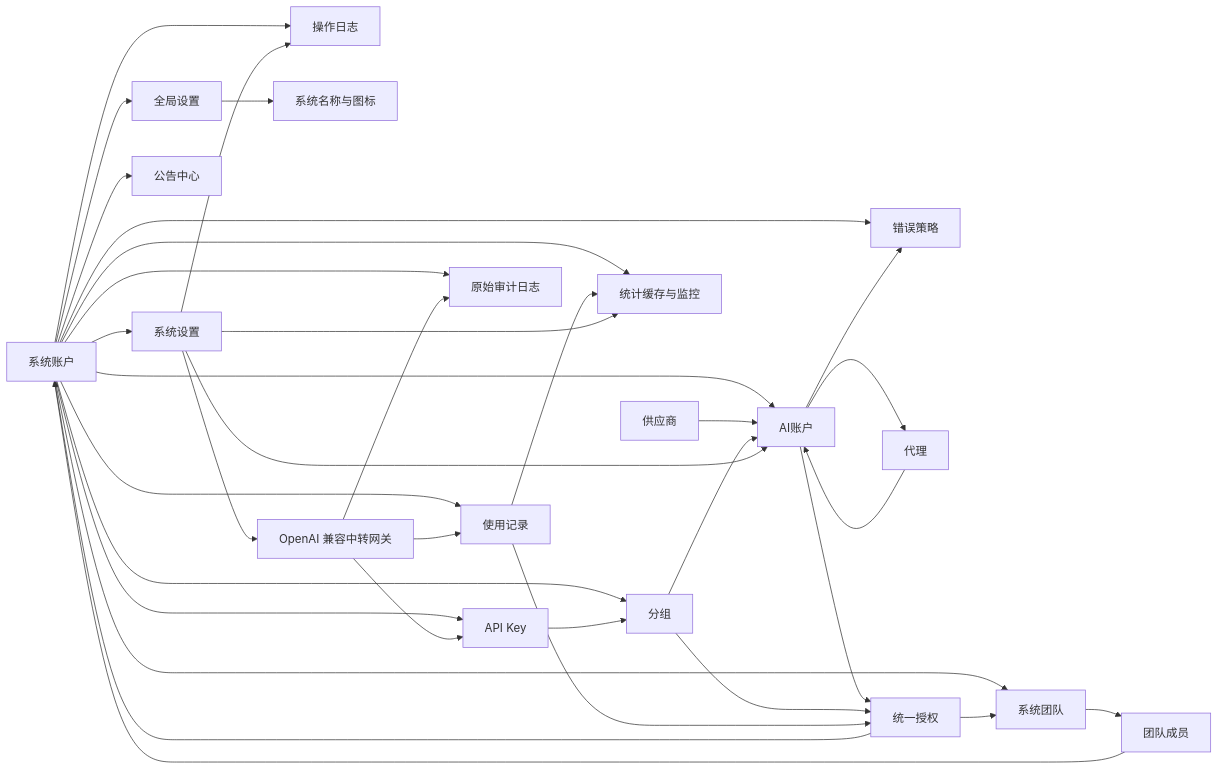
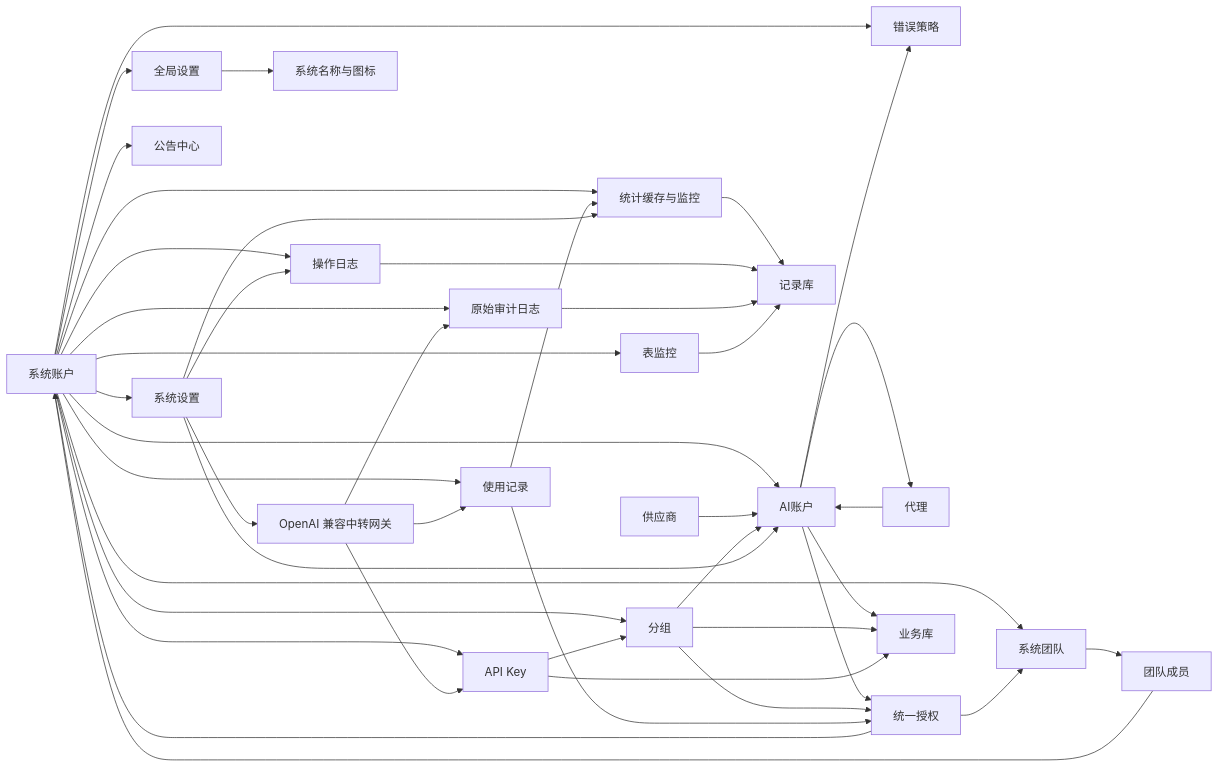
Before and after one commit to huanmin123/juhe-ai: the diagram in docs/architecture/架构总览.md, drawn with Mermaid. The commit also changed other lines of this file and 72 other files, not shown here.

````diff
--- a/docs/architecture/架构总览.md
+++ b/docs/architecture/架构总览.md
@@ -55,37 +55,45 @@
 ```mermaid
 flowchart LR
   SystemAccount["系统账户"] --> GlobalSettings["全局设置"]
   SystemAccount --> SystemSettings["系统设置"]
   SystemAccount --> SystemTeam["系统团队"]
   SystemTeam --> TeamMember["团队成员"]
   TeamMember --> SystemAccount
   SystemAccount --> AIAccount["AI账户"]
   SystemAccount --> Group["分组"]
   SystemAccount --> APIKey["API Key"]
   SystemAccount --> Usage["使用记录"]
   SystemAccount --> OperationLog["操作日志"]
   SystemAccount --> AuditLog["原始审计日志"]
   SystemAccount --> Stats["统计缓存与监控"]
+  SystemAccount --> TableMonitor["表监控"]
   SystemAccount --> ErrorPolicy["错误策略"]
   SystemAccount --> Announcement["公告中心"]
   GlobalSettings --> AppBrand["系统名称与图标"]
   Provider["供应商"] --> AIAccount
   Proxy["代理"] --> AIAccount
   AIAccount --> Proxy
   AIAccount --> ErrorPolicy
   AIAccount --> ResourceAuthorization["统一授权"]
   Group --> ResourceAuthorization
   ResourceAuthorization --> SystemAccount
   ResourceAuthorization --> SystemTeam
   Group --> AIAccount
   APIKey --> Group
   Gateway["OpenAI 兼容中转网关"] --> APIKey
   Gateway --> Usage["使用记录"]
   Gateway --> AuditLog
   Usage --> ResourceAuthorization
   Usage --> Stats["统计缓存与监控"]
+  Stats --> RecordStore["记录库"]
+  OperationLog --> RecordStore
+  AuditLog --> RecordStore
+  TableMonitor --> RecordStore
+  AIAccount --> BusinessStore["业务库"]
+  Group --> BusinessStore
+  APIKey --> BusinessStore
   SystemSettings --> Gateway
   SystemSettings --> OperationLog
   SystemSettings --> AIAccount
   SystemSettings --> Stats
 ```
````
